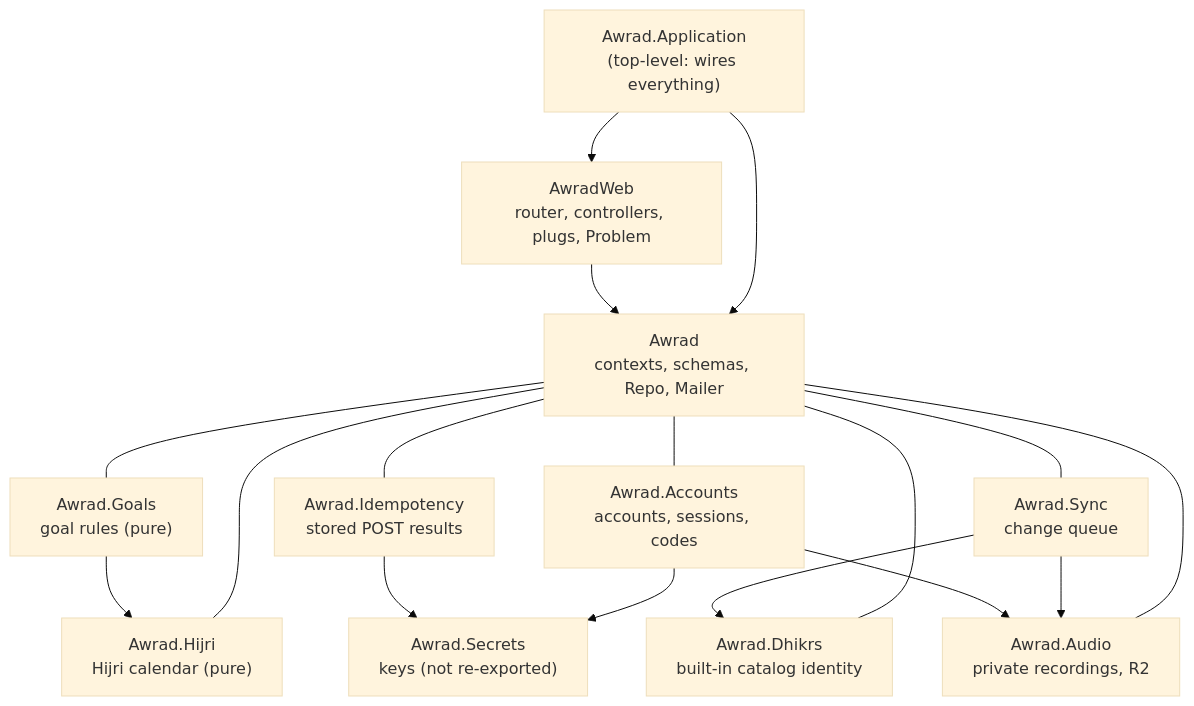
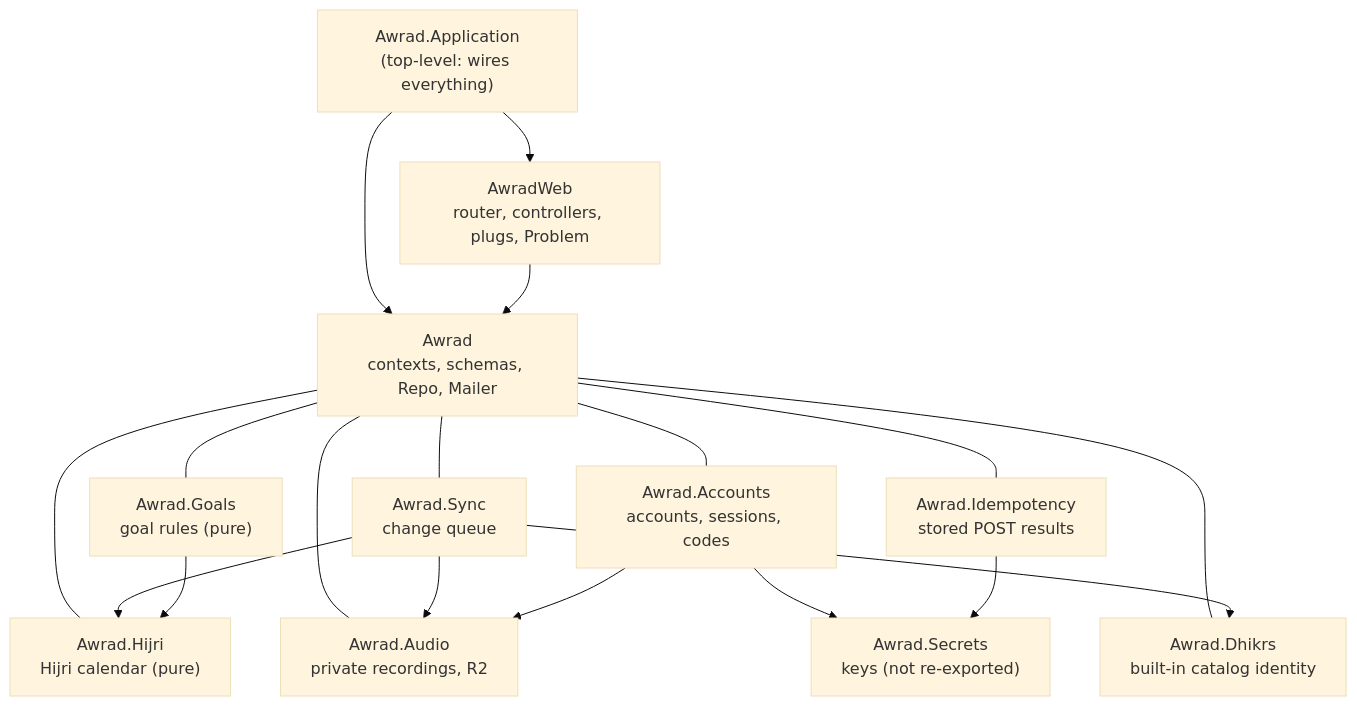
The diagram in awrad-server-next/ARCHITECTURE.md (shibilyt/awrad), drawn with Mermaid (base theme) before and after one commit. The commit also changed other lines of this file and 12 other files, not shown here.

````diff
--- a/awrad-server-next/ARCHITECTURE.md
+++ b/awrad-server-next/ARCHITECTURE.md
@@ -10,30 +10,31 @@
 ```mermaid
 flowchart TD
   app["Awrad.Application<br/>(top-level: wires everything)"]
   web["AwradWeb<br/>router, controllers, plugs, Problem"]
   domain["Awrad<br/>contexts, schemas, Repo, Mailer"]
   goals["Awrad.Goals<br/>goal rules (pure)"]
   hijri["Awrad.Hijri<br/>Hijri calendar (pure)"]
   accounts["Awrad.Accounts<br/>accounts, sessions, codes"]
   idem["Awrad.Idempotency<br/>stored POST results"]
   dhikrs["Awrad.Dhikrs<br/>built-in catalog identity"]
   sync["Awrad.Sync<br/>change queue"]
   audio["Awrad.Audio<br/>private recordings, R2"]
   secrets["Awrad.Secrets<br/>keys (not re-exported)"]
   app --> web
   app --> domain
   web --> domain
   domain --- goals
   domain --- hijri
   domain --- accounts
   domain --- idem
   domain --- dhikrs
   domain --- sync
   domain --- audio
   sync --> dhikrs
   sync --> audio
+  sync --> hijri
   accounts --> audio
   goals --> hijri
   accounts --> secrets
   idem --> secrets
 ```
````
